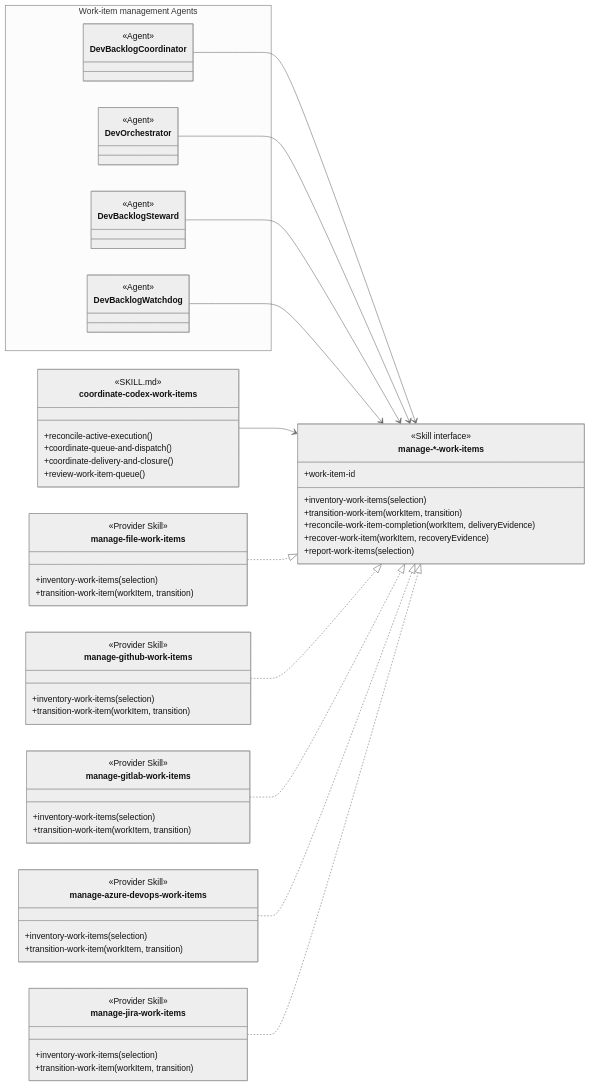
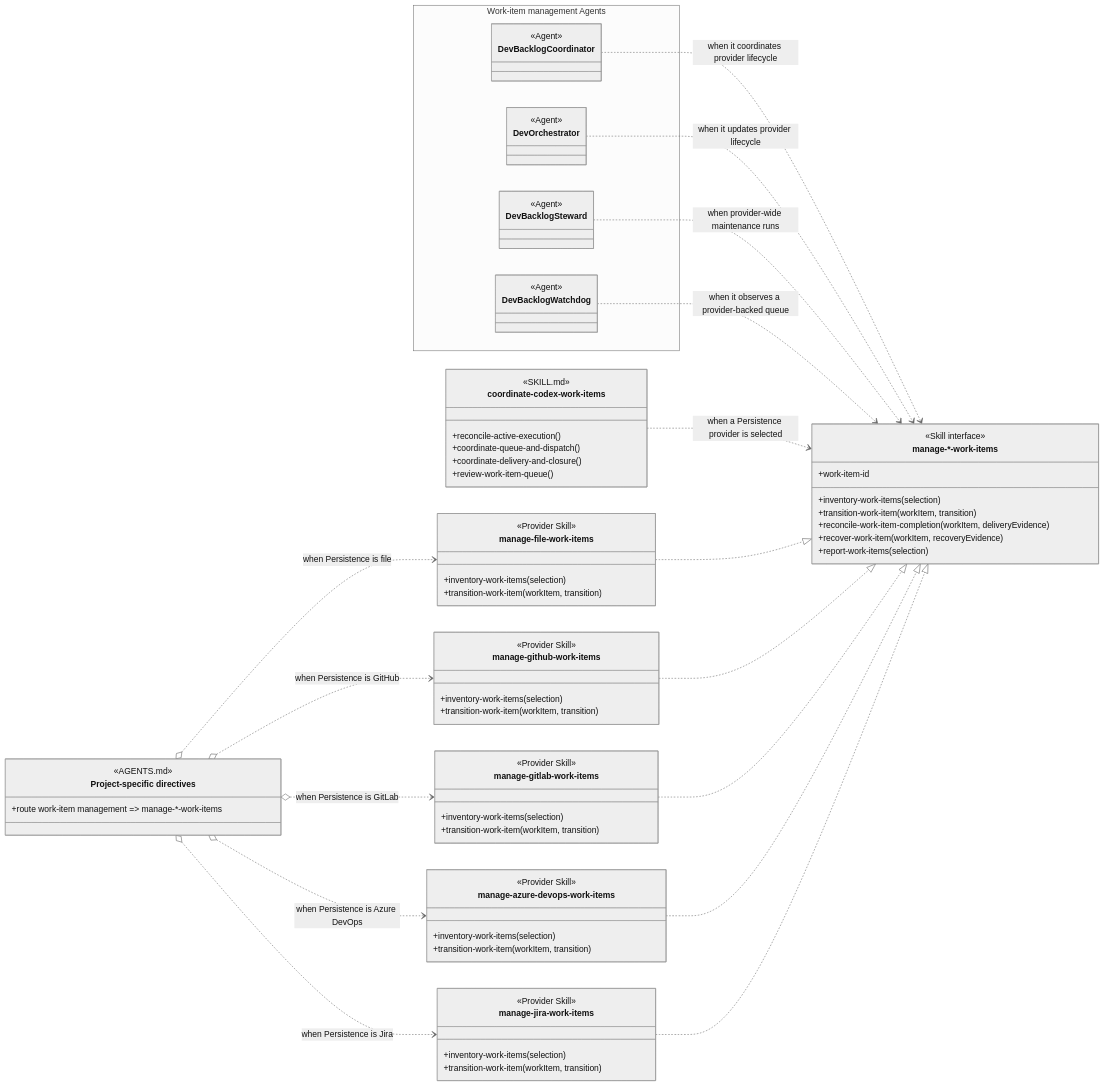
Before and after one commit to martinbechard/dev-methodology: the third of 6 diagrams in design/skill-groups/concurrent-tasking.md, drawn with Mermaid (neutral theme). The commit also changed other lines of this file, not shown here.

```diff
--- a/design/skill-groups/concurrent-tasking.md
+++ b/design/skill-groups/concurrent-tasking.md
@@ -190,6 +203,12 @@
         +coordinate-queue-and-dispatch()
         +coordinate-delivery-and-closure()
         +review-work-item-queue()
+    }
+
+    class project-specific-directives["Project-specific directives"] {
+        <<AGENTS.md>>
+        <<routing>>
+        +route work-item management => manage-*-work-items
     }
 
     class ManageWorkItem["manage-*-work-items"] {
@@ -237,11 +256,16 @@
         +transition-work-item(workItem, transition)
     }
 
-    DevBacklogCoordinator --> ManageWorkItem
-    DevOrchestrator --> ManageWorkItem
-    DevBacklogSteward --> ManageWorkItem
-    DevBacklogWatchdog --> ManageWorkItem
-    coordinate-codex-work-items --> ManageWorkItem
+    DevBacklogCoordinator ..> ManageWorkItem : when it coordinates provider lifecycle
+    DevOrchestrator ..> ManageWorkItem : when it updates provider lifecycle
+    DevBacklogSteward ..> ManageWorkItem : when provider-wide maintenance runs
+    DevBacklogWatchdog ..> ManageWorkItem : when it observes a provider-backed queue
+    coordinate-codex-work-items ..> ManageWorkItem : when a Persistence provider is selected
+    project-specific-directives o..> manage-file-work-items : when Persistence is file
+    project-specific-directives o..> manage-github-work-items : when Persistence is GitHub
+    project-specific-directives o..> manage-gitlab-work-items : when Persistence is GitLab
+    project-specific-directives o..> manage-azure-devops-work-items : when Persistence is Azure DevOps
+    project-specific-directives o..> manage-jira-work-items : when Persistence is Jira
     manage-file-work-items ..|> ManageWorkItem
     manage-github-work-items ..|> ManageWorkItem
     manage-gitlab-work-items ..|> ManageWorkItem
```
